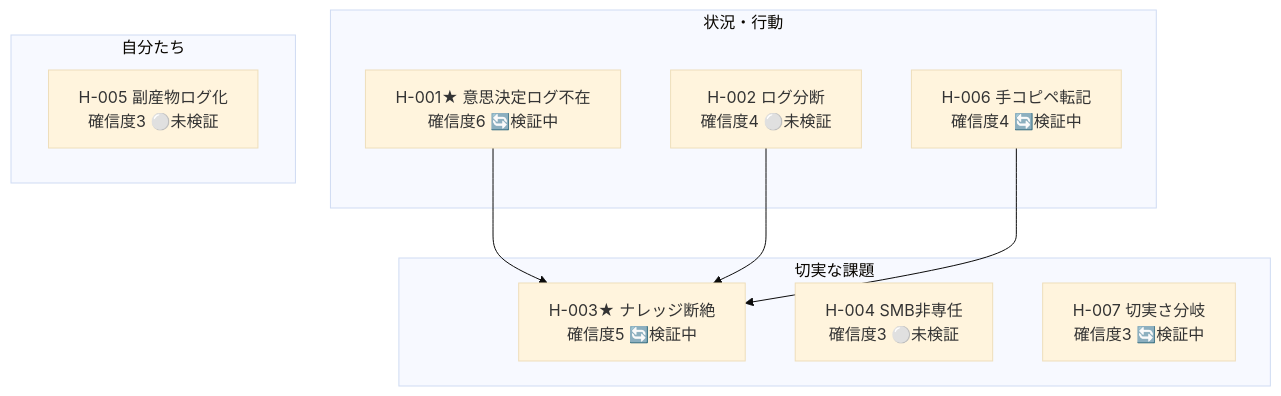
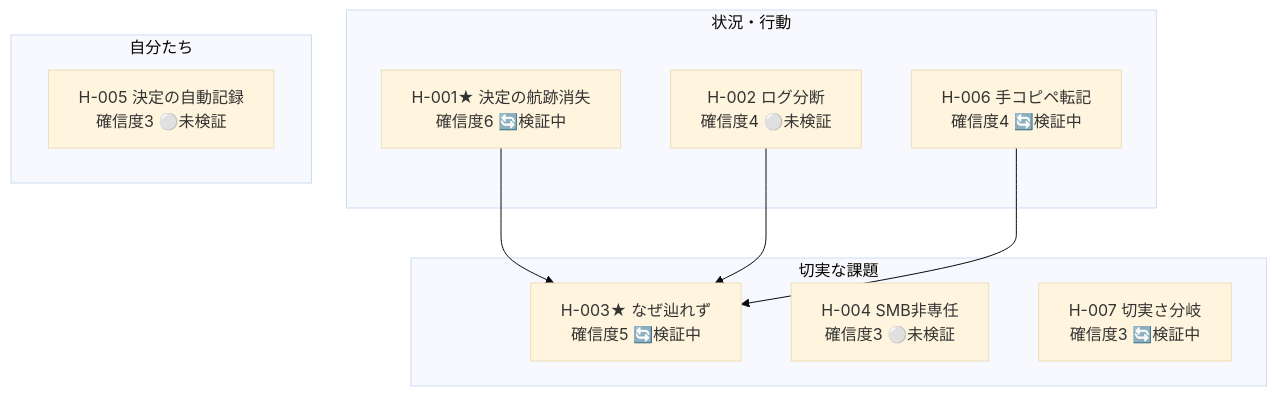
Before and after one commit to haru01/hypothesis-wiki: the diagram in projects/agent-platform/wiki/views/hypotheses-list.md, drawn with Mermaid (base theme). The commit also changed other lines of this file and 7 other files, not shown here.

````diff
--- a/projects/agent-platform/wiki/views/hypotheses-list.md
+++ b/projects/agent-platform/wiki/views/hypotheses-list.md
@@ -10,19 +10,19 @@
 ```mermaid
 flowchart TB
     subgraph beh["状況・行動"]
-      AGP_H_001["H-001★ 意思決定ログ不在<br/>確信度6 🔄検証中"]
+      AGP_H_001["H-001★ 決定の航跡消失<br/>確信度6 🔄検証中"]
       AGP_H_002["H-002 ログ分断<br/>確信度4 ⚪未検証"]
       AGP_H_006["H-006 手コピペ転記<br/>確信度4 🔄検証中"]
     end
     subgraph prob["切実な課題"]
-      AGP_H_003["H-003★ ナレッジ断絶<br/>確信度5 🔄検証中"]
+      AGP_H_003["H-003★ なぜ辿れず<br/>確信度5 🔄検証中"]
       AGP_H_004["H-004 SMB非専任<br/>確信度3 ⚪未検証"]
       AGP_H_007["H-007 切実さ分岐<br/>確信度3 🔄検証中"]
     end
     subgraph team["自分たち"]
-      AGP_H_005["H-005 副産物ログ化<br/>確信度3 ⚪未検証"]
+      AGP_H_005["H-005 決定の自動記録<br/>確信度3 ⚪未検証"]
     end
     AGP_H_001 --> AGP_H_003
     AGP_H_002 --> AGP_H_003
     AGP_H_006 --> AGP_H_003
 ```
````
